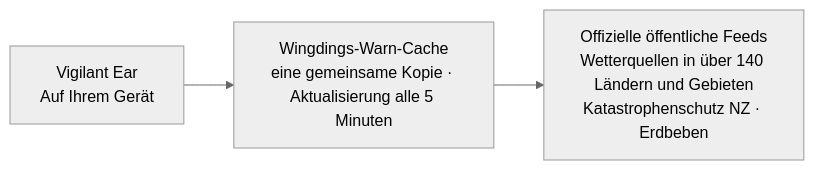
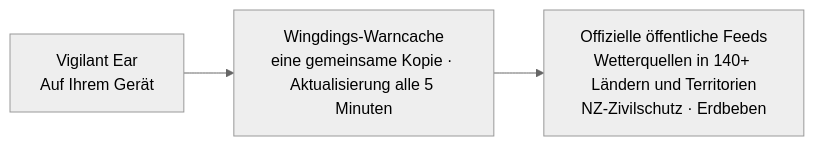
The fourth of 4 diagrams in README_de.md (rpalm01-star/VigilantEarLegal), drawn with Mermaid (neutral theme) before and after one commit. The commit also changed other lines of this file and 14 other files, not shown here.

````diff
--- a/README_de.md
+++ b/README_de.md
@@ -182,5 +201,5 @@
 ```mermaid
 graph LR
-    P1["Vigilant Ear<br/>Auf Ihrem Gerät"] --> W["Wingdings-Warn-Cache<br/>eine gemeinsame Kopie · Aktualisierung alle 5 Minuten"]
-    W --> N["Offizielle öffentliche Feeds<br/>Wetterquellen in über 140 Ländern und Gebieten<br/>Katastrophenschutz NZ · Erdbeben"]
+    P1["Vigilant Ear<br/>Auf Ihrem Gerät"] --> W["Wingdings-Warncache<br/>eine gemeinsame Kopie · Aktualisierung alle 5 Minuten"]
+    W --> N["Offizielle öffentliche Feeds<br/>Wetterquellen in 140+ Ländern und Territorien<br/>NZ-Zivilschutz · Erdbeben"]
 ```
````
